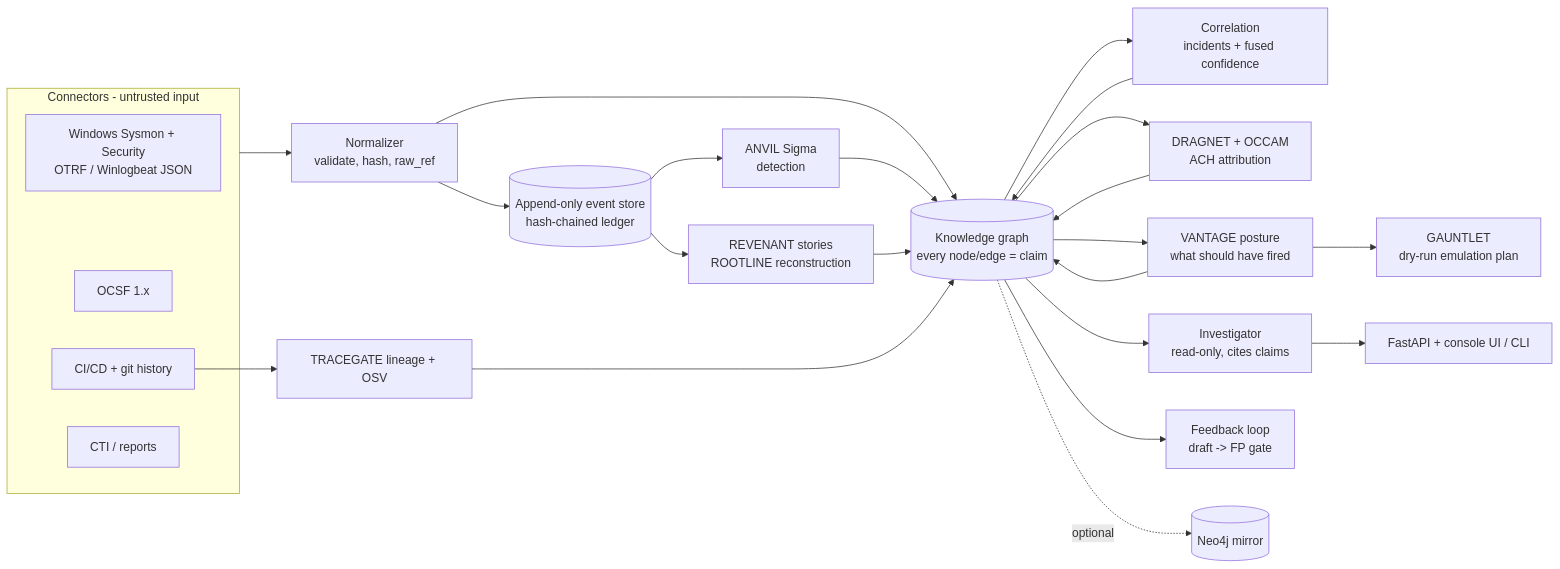
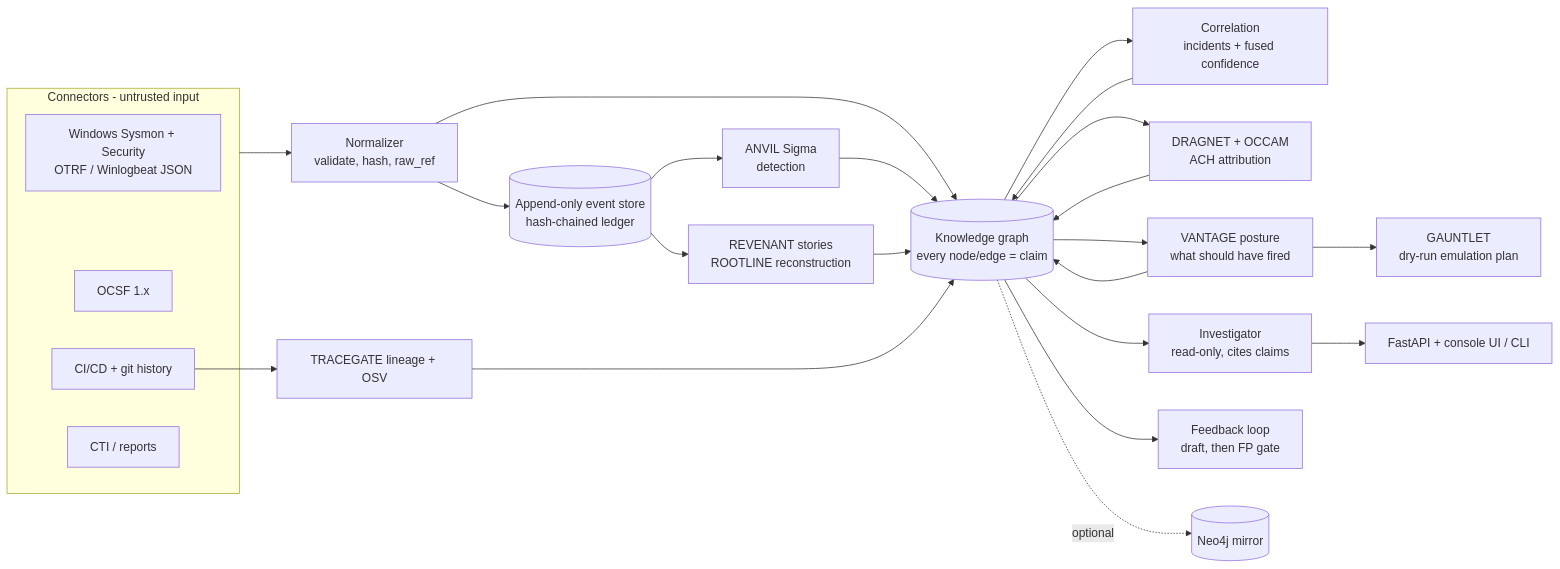
The diagram in README.md (rakshit-737/throughline), drawn with Mermaid before and after one commit. The commit also changed 3 other files, not shown here.

Commit message:
docs: mermaid-safe diagram label, correct download size, supply-chain demo in make bench

````diff
--- a/README.md
+++ b/README.md
@@ -33,28 +33,28 @@
 ```mermaid
 flowchart LR
   subgraph IN[Connectors - untrusted input]
     W[Windows Sysmon + Security<br/>OTRF / Winlogbeat JSON]
     O[OCSF 1.x]
     C[CI/CD + git history]
     T[CTI / reports]
   end
   IN --> N[Normalizer<br/>validate, hash, raw_ref]
   N --> ES[(Append-only event store<br/>hash-chained ledger)]
   N --> KG[(Knowledge graph<br/>every node/edge = claim)]
   ES --> DET[ANVIL Sigma<br/>detection]
   ES --> PROV[REVENANT stories<br/>ROOTLINE reconstruction]
   DET --> KG
   PROV --> KG
   KG --> COR[Correlation<br/>incidents + fused confidence]
   COR --> KG
   KG --> INT[DRAGNET + OCCAM<br/>ACH attribution]
   KG --> POS[VANTAGE posture<br/>what should have fired]
   POS --> SIM[GAUNTLET<br/>dry-run emulation plan]
   INT --> KG
   POS --> KG
   C --> SC[TRACEGATE lineage + OSV] --> KG
   KG --> INV[Investigator<br/>read-only, cites claims]
-  KG --> LOOP[Feedback loop<br/>draft -> FP gate]
+  KG --> LOOP[Feedback loop<br/>draft, then FP gate]
   INV --> API[FastAPI + console UI / CLI]
   KG -.optional.-> NEO[(Neo4j mirror)]
 ```
````
